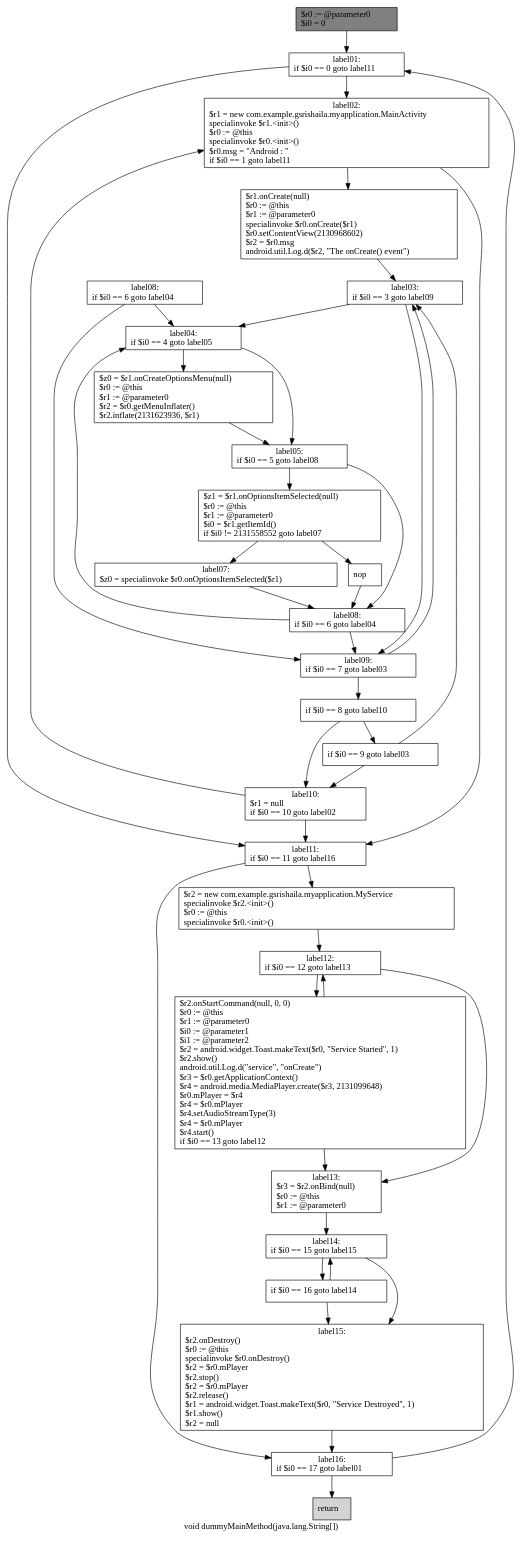
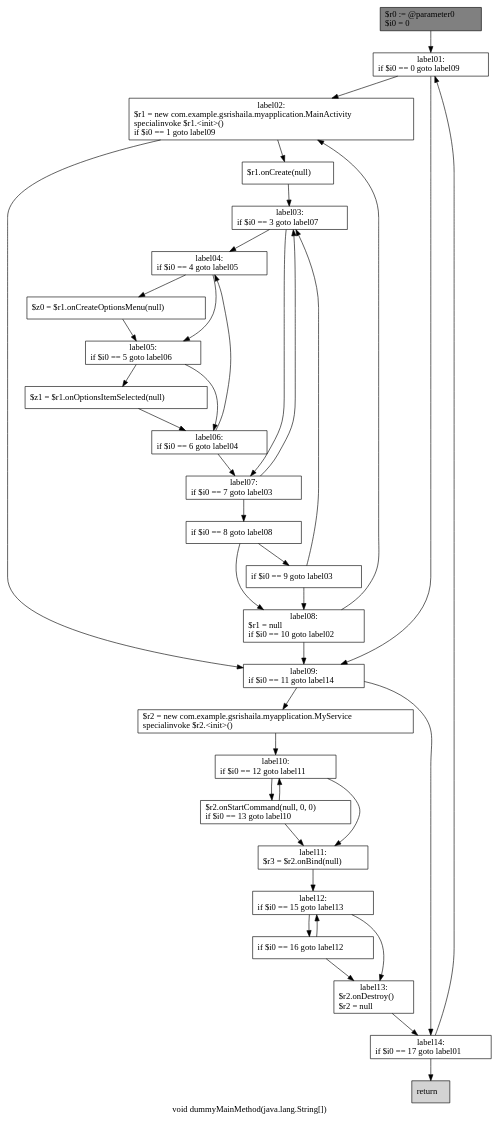
The diagram in soot-infoflow-android-develop/<dummyMainClass: void dummyMainMethod(java.lang.String[])>.dot (gsrishaila/summer), drawn with Graphviz before and after one commit. The commit also changed 32 other files, not shown here.

```diff
--- a/soot-infoflow-android-develop/<dummyMainClass: void dummyMainMethod(java.lang.String[])>.dot
+++ b/soot-infoflow-android-develop/<dummyMainClass: void dummyMainMethod(java.lang.String[])>.dot
@@ -1,75 +1,67 @@
 digraph "void dummyMainMethod(java.lang.String[])" {
     label="void dummyMainMethod(java.lang.String[])";
     node [shape=box];
     "0" [style=filled,fillcolor=gray,label="$r0 := @parameter0\l$i0 = 0\l",];
-    "1" [label="label01:\nif $i0 == 0 goto label11\l",];
+    "1" [label="label01:\nif $i0 == 0 goto label09\l",];
     "0"->"1";
-    "2" [label="label02:\n$r1 = new com.example.gsrishaila.myapplication.MainActivity\lspecialinvoke $r1.<init>()\l$r0 := @this\lspecialinvoke $r0.<init>()\l$r0.msg = \"Android : \"\lif $i0 == 1 goto label11\l",];
+    "2" [label="label02:\n$r1 = new com.example.gsrishaila.myapplication.MainActivity\lspecialinvoke $r1.<init>()\lif $i0 == 1 goto label09\l",];
     "1"->"2";
-    "17" [label="label11:\nif $i0 == 11 goto label16\l",];
-    "1"->"17";
-    "3" [label="$r1.onCreate(null)\l$r0 := @this\l$r1 := @parameter0\lspecialinvoke $r0.onCreate($r1)\l$r0.setContentView(2130968602)\l$r2 = $r0.msg\landroid.util.Log.d($r2, \"The onCreate() event\")\l",];
+    "14" [label="label09:\nif $i0 == 11 goto label14\l",];
+    "1"->"14";
+    "3" [label="$r1.onCreate(null)\l",];
     "2"->"3";
-    "2"->"17";
-    "4" [label="label03:\nif $i0 == 3 goto label09\l",];
+    "2"->"14";
+    "4" [label="label03:\nif $i0 == 3 goto label07\l",];
     "3"->"4";
     "5" [label="label04:\nif $i0 == 4 goto label05\l",];
     "4"->"5";
-    "13" [label="label09:\nif $i0 == 7 goto label03\l",];
-    "4"->"13";
-    "6" [label="$z0 = $r1.onCreateOptionsMenu(null)\l$r0 := @this\l$r1 := @parameter0\l$r2 = $r0.getMenuInflater()\l$r2.inflate(2131623936, $r1)\l",];
+    "10" [label="label07:\nif $i0 == 7 goto label03\l",];
+    "4"->"10";
+    "6" [label="$z0 = $r1.onCreateOptionsMenu(null)\l",];
     "5"->"6";
-    "7" [label="label05:\nif $i0 == 5 goto label08\l",];
+    "7" [label="label05:\nif $i0 == 5 goto label06\l",];
     "5"->"7";
     "6"->"7";
-    "8" [label="$z1 = $r1.onOptionsItemSelected(null)\l$r0 := @this\l$r1 := @parameter0\l$i0 = $r1.getItemId()\lif $i0 != 2131558552 goto label07\l",];
+    "8" [label="$z1 = $r1.onOptionsItemSelected(null)\l",];
     "7"->"8";
-    "12" [label="label08:\nif $i0 == 6 goto label04\l",];
-    "7"->"12";
-    "9" [label="nop\l",];
+    "9" [label="label06:\nif $i0 == 6 goto label04\l",];
+    "7"->"9";
     "8"->"9";
-    "11" [label="label07:\n$z0 = specialinvoke $r0.onOptionsItemSelected($r1)\l",];
-    "8"->"11";
-    "9"->"12";
-    "10" [label="label08:\nif $i0 == 6 goto label04\l",];
-    "10"->"5";
-    "10"->"13";
+    "9"->"5";
+    "9"->"10";
+    "10"->"4";
+    "11" [label="if $i0 == 8 goto label08\l",];
+    "10"->"11";
+    "12" [label="if $i0 == 9 goto label03\l",];
     "11"->"12";
-    "12"->"5";
+    "13" [label="label08:\n$r1 = null\lif $i0 == 10 goto label02\l",];
+    "11"->"13";
+    "12"->"4";
     "12"->"13";
-    "13"->"4";
-    "14" [label="if $i0 == 8 goto label10\l",];
+    "13"->"2";
     "13"->"14";
-    "15" [label="if $i0 == 9 goto label03\l",];
+    "15" [label="$r2 = new com.example.gsrishaila.myapplication.MyService\lspecialinvoke $r2.<init>()\l",];
     "14"->"15";
-    "16" [label="label10:\n$r1 = null\lif $i0 == 10 goto label02\l",];
-    "14"->"16";
-    "15"->"4";
+    "22" [label="label14:\nif $i0 == 17 goto label01\l",];
+    "14"->"22";
+    "16" [label="label10:\nif $i0 == 12 goto label11\l",];
     "15"->"16";
-    "16"->"2";
+    "17" [label="$r2.onStartCommand(null, 0, 0)\lif $i0 == 13 goto label10\l",];
     "16"->"17";
-    "18" [label="$r2 = new com.example.gsrishaila.myapplication.MyService\lspecialinvoke $r2.<init>()\l$r0 := @this\lspecialinvoke $r0.<init>()\l",];
+    "18" [label="label11:\n$r3 = $r2.onBind(null)\l",];
+    "16"->"18";
+    "17"->"16";
     "17"->"18";
-    "25" [label="label16:\nif $i0 == 17 goto label01\l",];
-    "17"->"25";
-    "19" [label="label12:\nif $i0 == 12 goto label13\l",];
+    "19" [label="label12:\nif $i0 == 15 goto label13\l",];
     "18"->"19";
-    "20" [label="$r2.onStartCommand(null, 0, 0)\l$r0 := @this\l$r1 := @parameter0\l$i0 := @parameter1\l$i1 := @parameter2\l$r2 = android.widget.Toast.makeText($r0, \"Service Started\", 1)\l$r2.show()\landroid.util.Log.d(\"service\", \"onCreate\")\l$r3 = $r0.getApplicationContext()\l$r4 = android.media.MediaPlayer.create($r3, 2131099648)\l$r0.mPlayer = $r4\l$r4 = $r0.mPlayer\l$r4.setAudioStreamType(3)\l$r4 = $r0.mPlayer\l$r4.start()\lif $i0 == 13 goto label12\l",];
+    "20" [label="if $i0 == 16 goto label12\l",];
     "19"->"20";
-    "21" [label="label13:\n$r3 = $r2.onBind(null)\l$r0 := @this\l$r1 := @parameter0\l",];
+    "21" [label="label13:\n$r2.onDestroy()\l$r2 = null\l",];
     "19"->"21";
     "20"->"19";
     "20"->"21";
-    "22" [label="label14:\nif $i0 == 15 goto label15\l",];
     "21"->"22";
-    "23" [label="if $i0 == 16 goto label14\l",];
+    "22"->"1";
+    "23" [style=filled,fillcolor=lightgray,label="return\l",];
     "22"->"23";
-    "24" [label="label15:\n$r2.onDestroy()\l$r0 := @this\lspecialinvoke $r0.onDestroy()\l$r2 = $r0.mPlayer\l$r2.stop()\l$r2 = $r0.mPlayer\l$r2.release()\l$r1 = android.widget.Toast.makeText($r0, \"Service Destroyed\", 1)\l$r1.show()\l$r2 = null\l",];
-    "22"->"24";
-    "23"->"22";
-    "23"->"24";
-    "24"->"25";
-    "25"->"1";
-    "26" [style=filled,fillcolor=lightgray,label="return\l",];
-    "25"->"26";
 }
```
